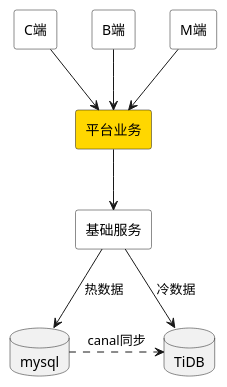
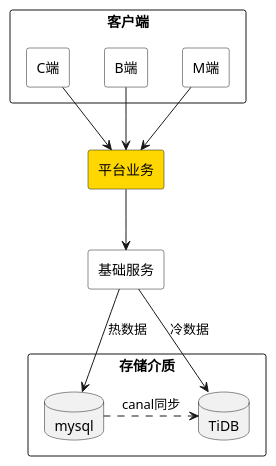
The diagram in diagram/ComponentDemo.puml (dictionaryshi/wxjj), drawn with PlantUML before and after one commit.

Commit message:
组件图

```diff
--- a/diagram/ComponentDemo.puml
+++ b/diagram/ComponentDemo.puml
@@ -1,30 +1,38 @@
 @startuml
 
 skinparam component {
     Style rectangle
     BackgroundColor white
 }
 
-component "C端" as A
-component "B端" as B
-component "M端" as M
+skinparam package {
+    Style rectangle
+}
+
+package "客户端" {
+    component "C端" as A
+    component "B端" as B
+    component "M端" as M
+}
 
 component "平台业务" as P #gold
 
 component "基础服务" as J
 
-database mysql
-database TiDB
+package "存储介质" {
+    database mysql
+    database TiDB
+}
 
 A --> P
 B --> P
 M --> P
 
 P --> J
 
 J -down-> mysql : 热数据
 J -down-> TiDB : 冷数据
 
 mysql -.right-> TiDB: canal同步
 
 @enduml
```
